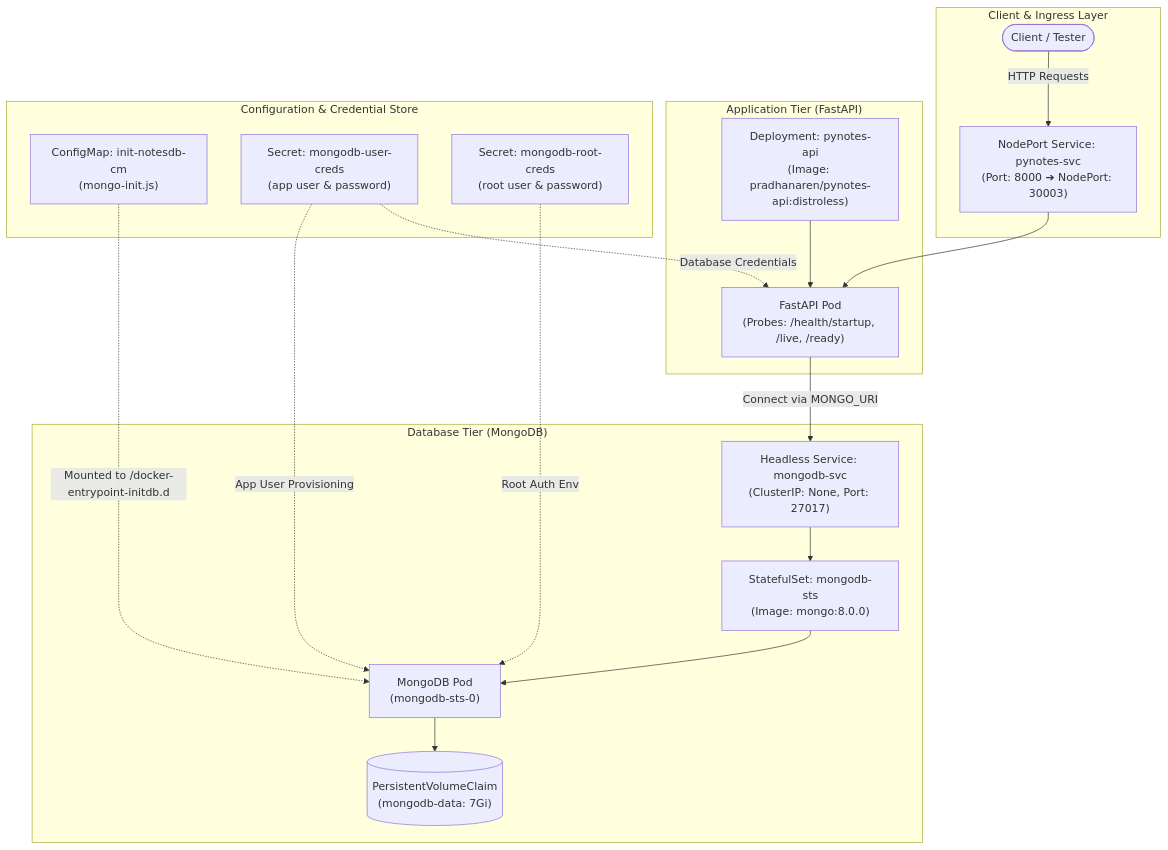
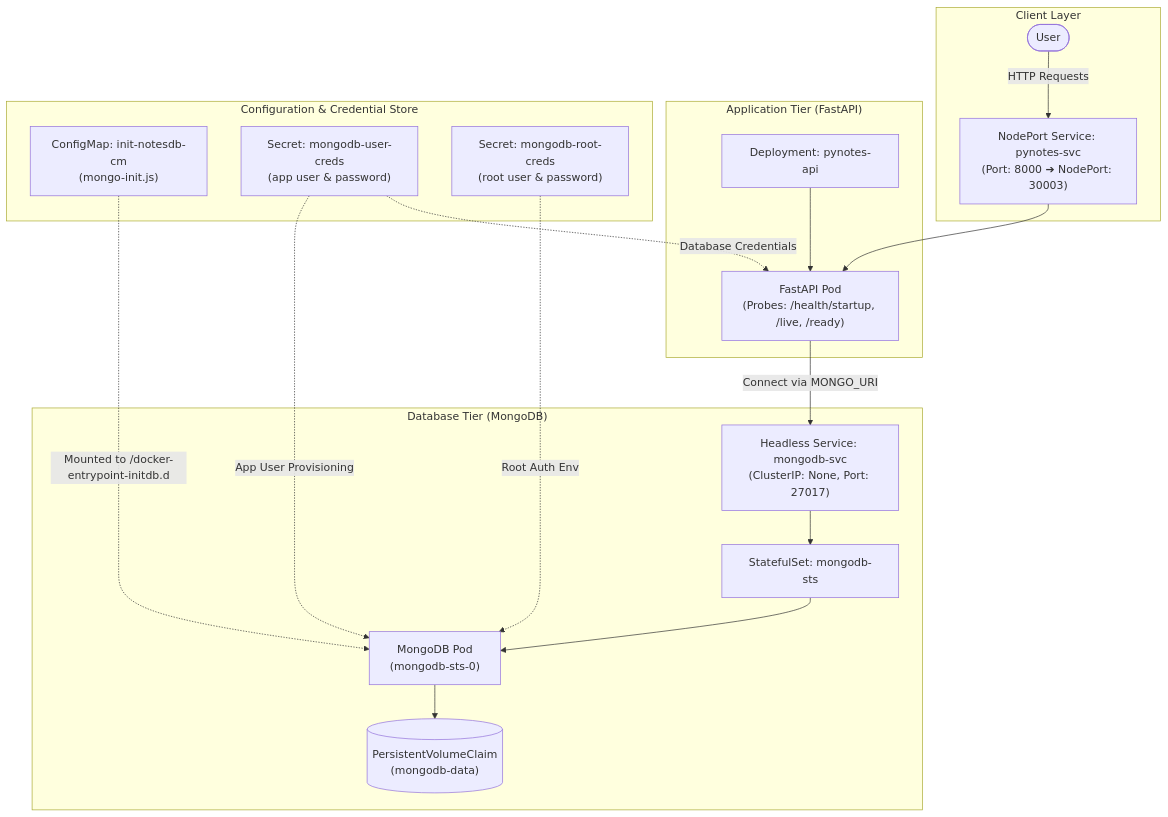
Before and after one commit to Narenpradhan/PyNotes: the diagram in README.md, drawn with Mermaid. The commit also changed other lines of this file and 1 other file, not shown here.

Commit message:
fix(docs): fix the mermaid code in README file

````diff
--- a/README.md
+++ b/README.md
@@ -59,37 +59,37 @@
 ```mermaid
 flowchart TD
-    subgraph ClientLayer ["Client & Ingress Layer"]
-        User(["Client / Tester"])
+    subgraph ClientLayer ["Client Layer"]
+        User(["User"])
         NodePort["NodePort Service: pynotes-svc\n(Port: 8000 ➔ NodePort: 30003)"]
     end
 
     subgraph ApplicationTier ["Application Tier (FastAPI)"]
-        Deploy["Deployment: pynotes-api\n(Image: pradhanaren/pynotes-api:distroless)"]
+        Deploy["Deployment: pynotes-api"]
         Pod1["FastAPI Pod\n(Probes: /health/startup, /live, /ready)"]
         Deploy --> Pod1
     end
 
     subgraph DatabaseTier ["Database Tier (MongoDB)"]
         HeadlessSvc["Headless Service: mongodb-svc\n(ClusterIP: None, Port: 27017)"]
-        STS["StatefulSet: mongodb-sts\n(Image: mongo:8.0.0)"]
+        STS["StatefulSet: mongodb-sts"]
         MongoPod["MongoDB Pod\n(mongodb-sts-0)"]
-        PVC[("PersistentVolumeClaim\n(mongodb-data: 7Gi)")]
+        PVC[("PersistentVolumeClaim\n(mongodb-data)")]
         HeadlessSvc --> STS
         STS --> MongoPod
         MongoPod --> PVC
     end
 
     subgraph ConfigAndSecrets ["Configuration & Credential Store"]
         CM["ConfigMap: init-notesdb-cm\n(mongo-init.js)"]
         SecUser["Secret: mongodb-user-creds\n(app user & password)"]
         SecRoot["Secret: mongodb-root-creds\n(root user & password)"]
     end
 
     User -->|HTTP Requests| NodePort
     NodePort --> Pod1
     Pod1 -->|Connect via MONGO_URI| HeadlessSvc
     CM -.->|Mounted to /docker-entrypoint-initdb.d| MongoPod
     SecRoot -.->|Root Auth Env| MongoPod
     SecUser -.->|App User Provisioning| MongoPod
     SecUser -.->|Database Credentials| Pod1
 ```
````
